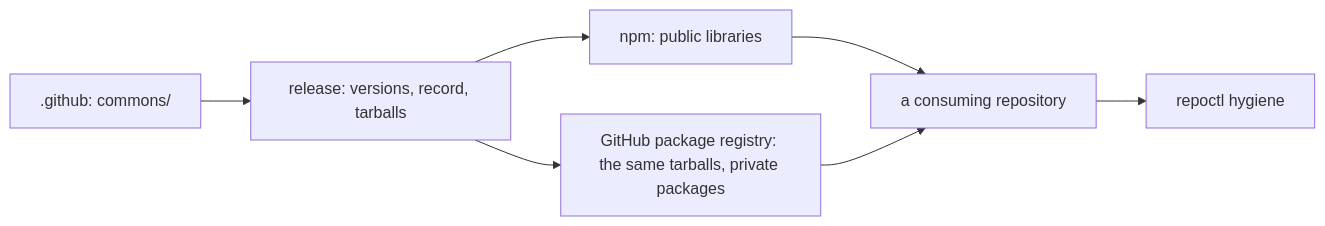
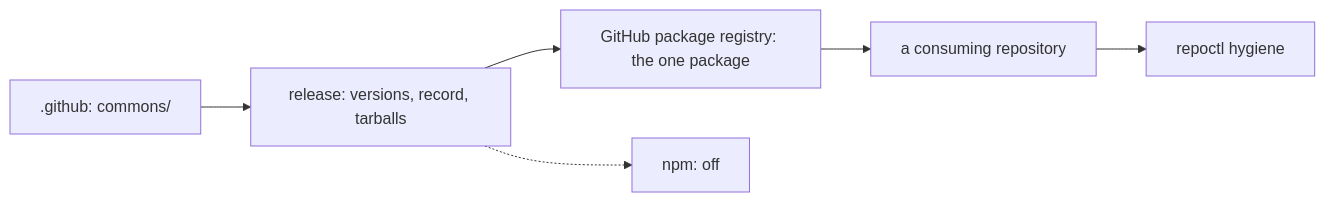
Before and after one commit to intellectual-frontiers/.github: the diagram in commons/docs/guides/consuming-commons.md, drawn with Mermaid. The commit also changed other lines of this file and 45 other files, not shown here.

````diff
--- a/commons/docs/guides/consuming-commons.md
+++ b/commons/docs/guides/consuming-commons.md
@@ -11,9 +11,8 @@
 ```mermaid
 flowchart LR
   commons[".github: commons/"] --> release["release: versions, record, tarballs"]
-  release --> npm["npm: public libraries"]
-  release --> ghr["GitHub package registry: the same tarballs, private packages"]
-  npm --> consumer["a consuming repository"]
-  ghr --> consumer
+  release --> ghr["GitHub package registry: the one package"]
+  release -.-> npm["npm: off"]
+  ghr --> consumer["a consuming repository"]
   consumer --> hygiene["repoctl hygiene"]
 ```
````
